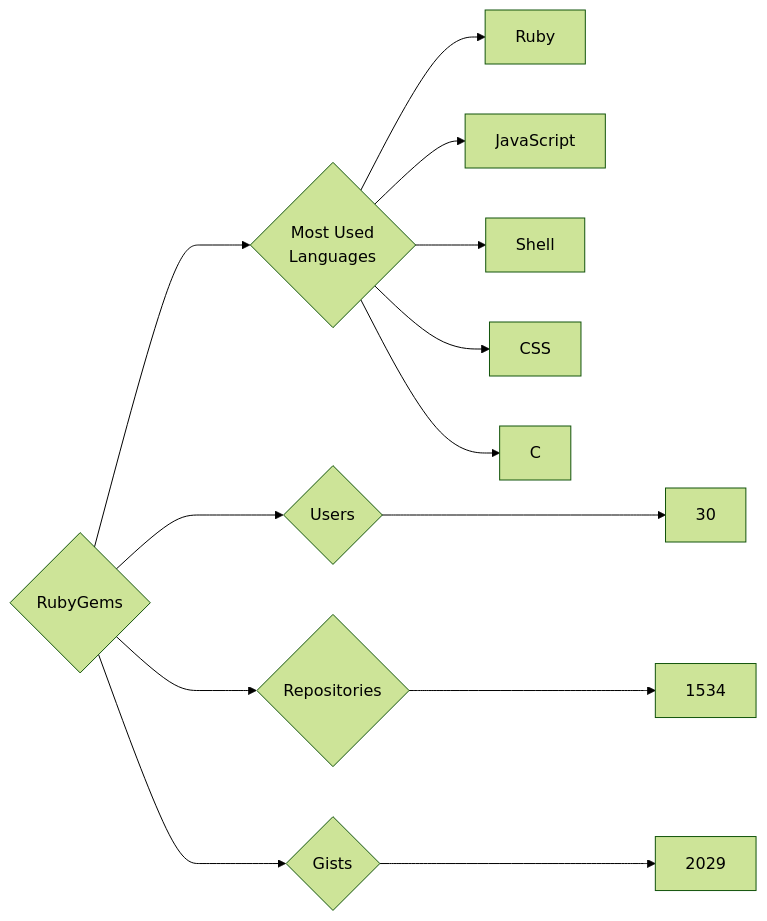
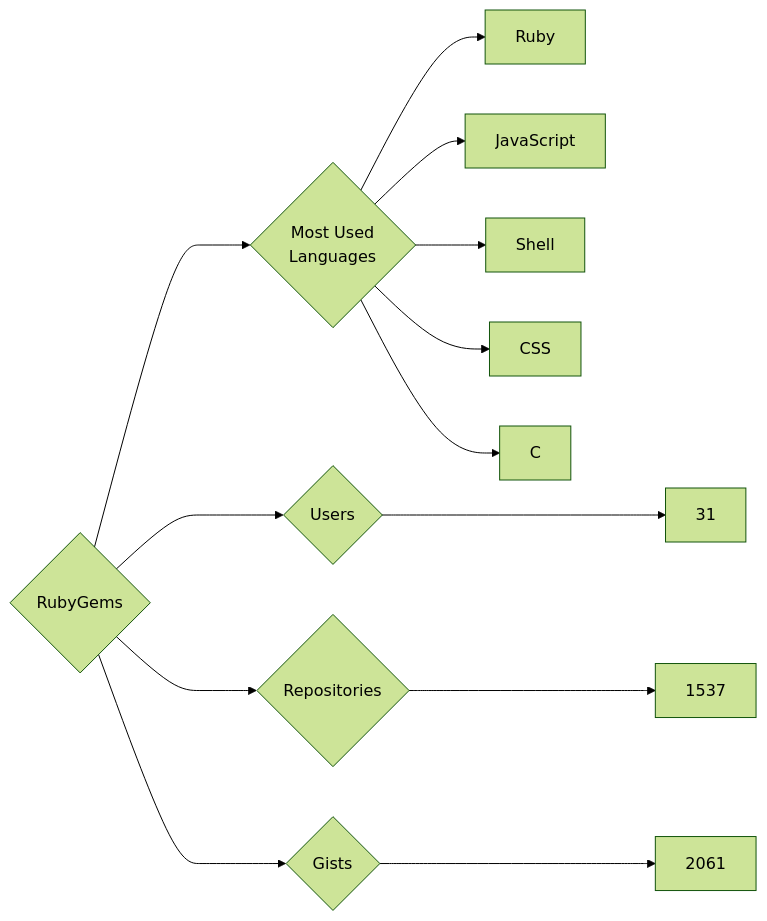
The diagram in targets/RubyGems/README.md (trickest/insiders), drawn with Mermaid (forest theme) before and after one commit. The commit also changed 948 other files, not shown here.

````diff
--- a/targets/RubyGems/README.md
+++ b/targets/RubyGems/README.md
@@ -3,13 +3,13 @@
 ```mermaid
 graph LR
 COMPANY_NAME{RubyGems}
-COMPANY_NAME ---> U{Users} ---> UN[30]
-COMPANY_NAME ---> R{Repositories} ---> RN[1534]
-COMPANY_NAME ---> G{Gists} ---> GN[2029]
+COMPANY_NAME ---> U{Users} ---> UN[31]
+COMPANY_NAME ---> R{Repositories} ---> RN[1537]
+COMPANY_NAME ---> G{Gists} ---> GN[2061]
 COMPANY_NAME ---> ML{Most Used<br>Languages}
 ML --> Ruby[Ruby]
 ML --> JavaScript[JavaScript]
 ML --> Shell[Shell]
 ML --> CSS[CSS]
 ML --> C[C]
 ```
````
